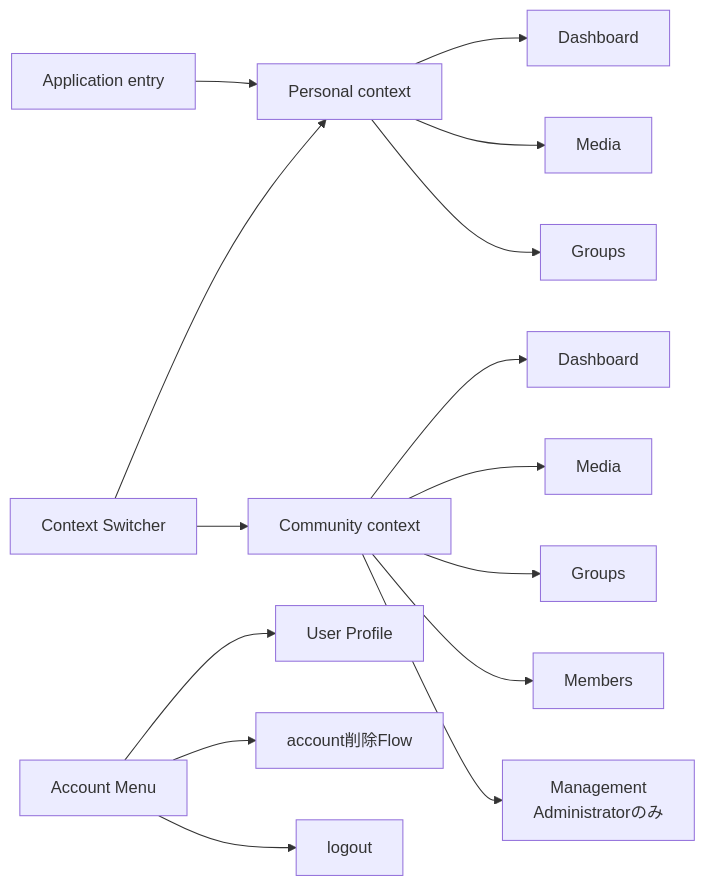
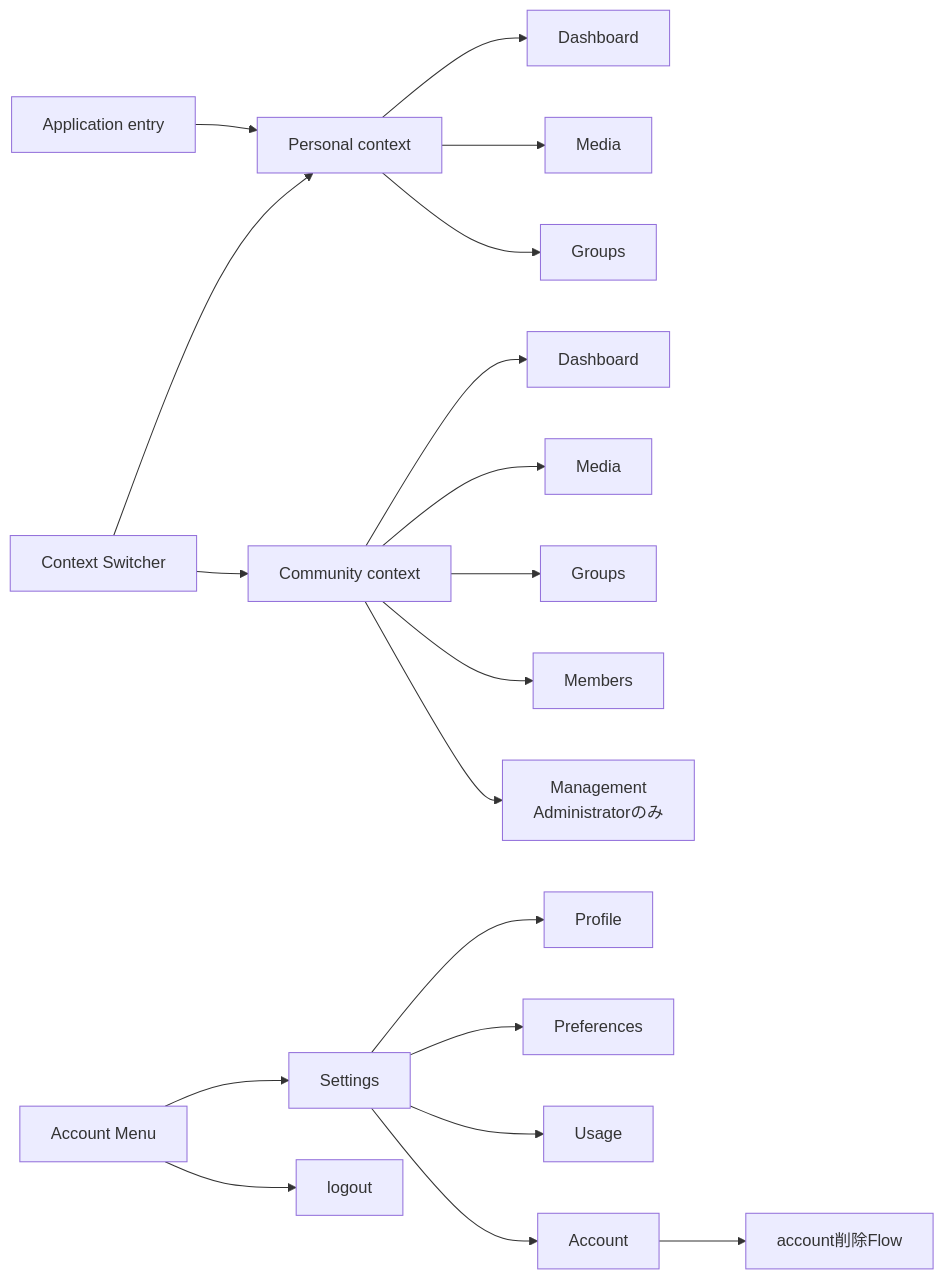
Before and after one commit to hazuki3417/memoria-design: the diagram in content/system/application-information-architecture.mdx, drawn with Mermaid. The commit also changed other lines of this file, not shown here.

````diff
--- a/content/system/application-information-architecture.mdx
+++ b/content/system/application-information-architecture.mdx
@@ -19,17 +19,21 @@
 ```mermaid
 flowchart LR
     Entry["Application entry"] --> Personal["Personal context"]
     Personal --> PDashboard["Dashboard"]
     Personal --> PMedia["Media"]
     Personal --> PGroups["Groups"]
     Switcher["Context Switcher"] --> Personal
     Switcher --> Community["Community context"]
     Community --> CDashboard["Dashboard"]
     Community --> CMedia["Media"]
     Community --> CGroups["Groups"]
     Community --> Members["Members"]
     Community --> Management["Management<br/>Administratorのみ"]
-    Account["Account Menu"] --> Profile["User Profile"]
-    Account --> Deletion["account削除Flow"]
+    Account["Account Menu"] --> Settings["Settings"]
+    Settings --> Profile["Profile"]
+    Settings --> Preferences["Preferences"]
+    Settings --> Usage["Usage"]
+    Settings --> AccountSettings["Account"]
+    AccountSettings --> Deletion["account削除Flow"]
     Account --> Logout["logout"]
 ```
````
